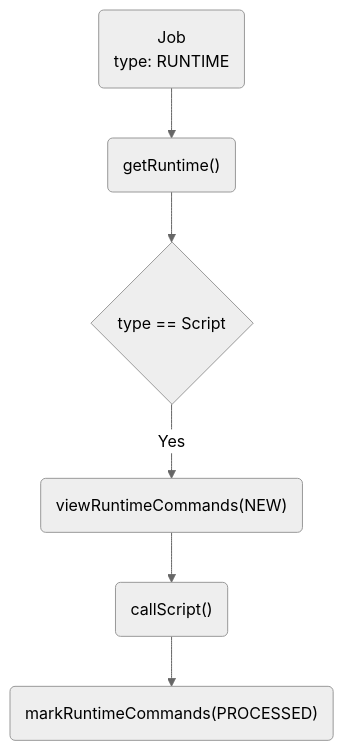
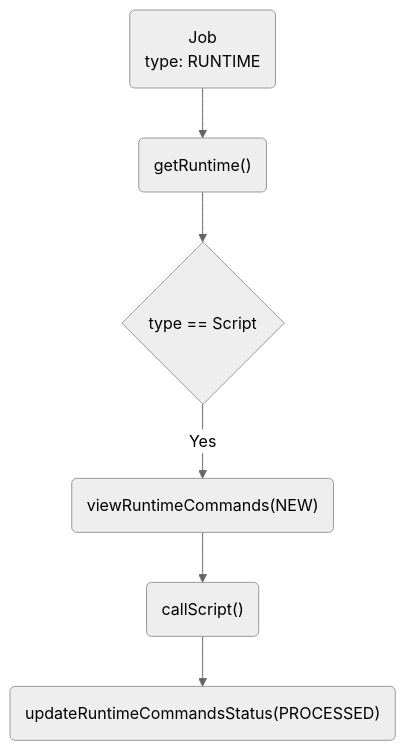
The diagram in omgservers-documentation/src/ScriptRuntime.md (OMGSERVERS/omgservers), drawn with Mermaid (neutral theme) before and after one commit. The commit also changed 10 other files, not shown here.

````diff
--- a/omgservers-documentation/src/ScriptRuntime.md
+++ b/omgservers-documentation/src/ScriptRuntime.md
@@ -3,10 +3,10 @@
 ```mermaid
 graph TD;
 
 RuntimeJob(Job<br/>type: RUNTIME) --> getRuntime("getRuntime()")
 getRuntime("getRuntime()") --> checkRuntimeType{"type == Script"}
 checkRuntimeType{"type == Script"} -- Yes --> viewRuntimeCommands("viewRuntimeCommands(NEW)")
 viewRuntimeCommands("viewRuntimeCommands(NEW)") --> callScript("callScript()")
-callScript("callScript()") --> markRuntimeCommands("markRuntimeCommands(PROCESSED)")
+callScript("callScript()") --> updateRuntimeCommandsStatus("updateRuntimeCommandsStatus(PROCESSED)")
 
 ```
````
